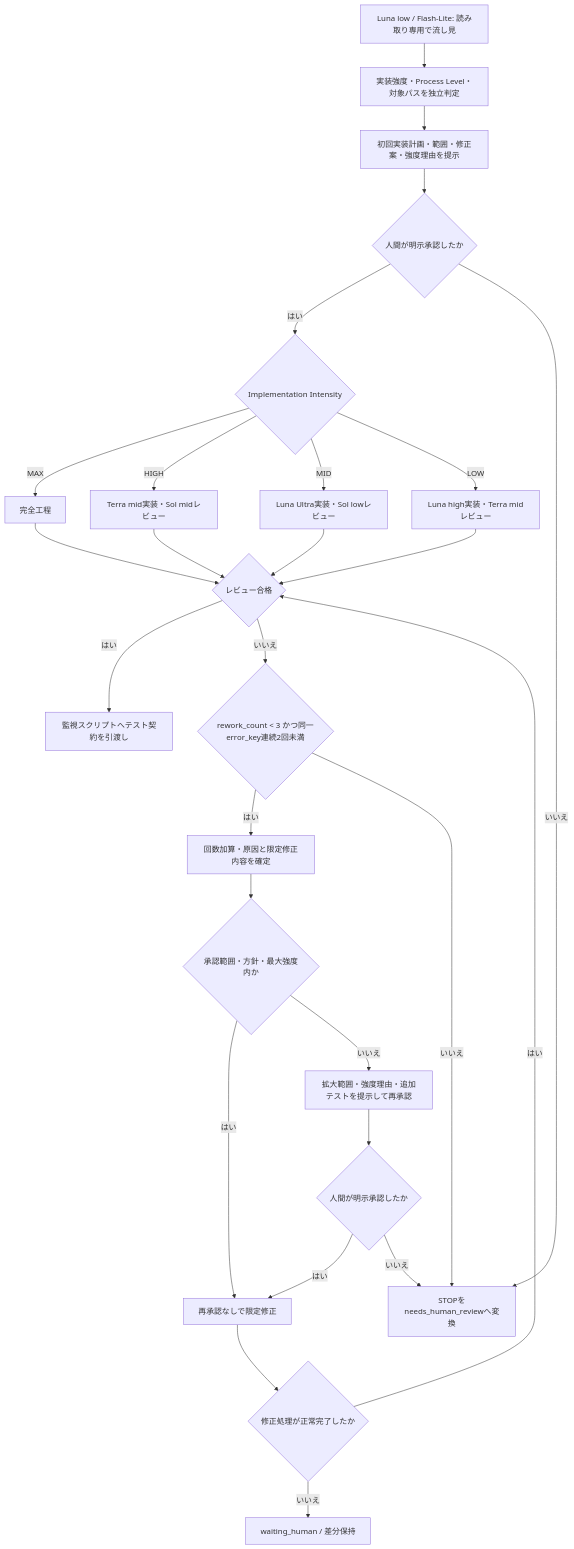
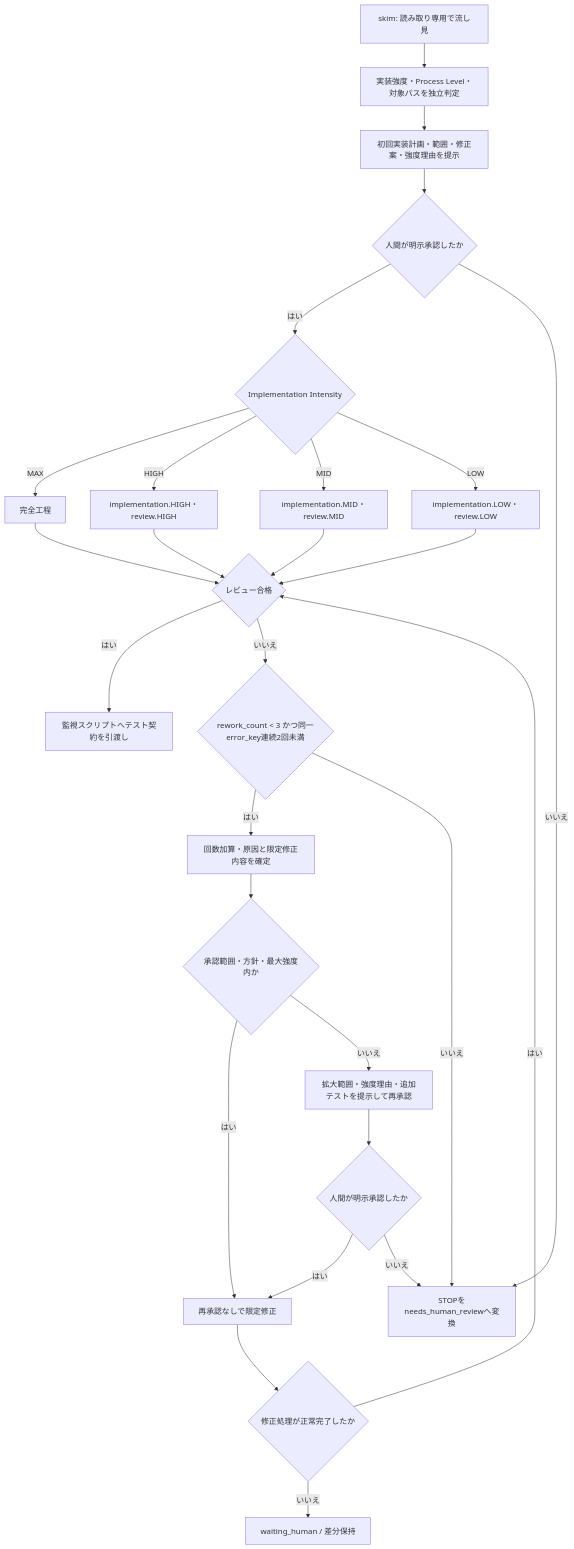
Before and after one commit to kujaku102-sketch/Tusk_core: the first of 2 diagrams in Tusk_core/GENERAL.md, drawn with Mermaid. The commit also changed other lines of this file and 8 other files, not shown here.

````diff
--- a/Tusk_core/GENERAL.md
+++ b/Tusk_core/GENERAL.md
@@ -141,29 +141,29 @@
 ```mermaid
 flowchart TD
-    A["Luna low / Flash-Lite: 読み取り専用で流し見"] --> B["実装強度・Process Level・対象パスを独立判定"]
+    A["skim: 読み取り専用で流し見"] --> B["実装強度・Process Level・対象パスを独立判定"]
     B --> BA["初回実装計画・範囲・修正案・強度理由を提示"]
     BA --> BB{"人間が明示承認したか"}
     BB -- "はい" --> C{"Implementation Intensity"}
     BB -- "いいえ" --> L
     C -- "MAX" --> D["完全工程"]
-    C -- "HIGH" --> E["Terra mid実装・Sol midレビュー"]
-    C -- "MID" --> F["Luna Ultra実装・Sol lowレビュー"]
-    C -- "LOW" --> G["Luna high実装・Terra midレビュー"]
+    C -- "HIGH" --> E["implementation.HIGH・review.HIGH"]
+    C -- "MID" --> F["implementation.MID・review.MID"]
+    C -- "LOW" --> G["implementation.LOW・review.LOW"]
     D --> H{"レビュー合格"}
     E --> H
     F --> H
     G --> H
     H -- "はい" --> I["監視スクリプトへテスト契約を引渡し"]
     H -- "いいえ" --> J{"rework_count < 3 かつ同一error_key連続2回未満"}
     J -- "はい" --> K["回数加算・原因と限定修正内容を確定"]
     K --> M{"承認範囲・方針・最大強度内か"}
     M -- "はい" --> N["再承認なしで限定修正"]
     N --> NS{"修正処理が正常完了したか"}
     NS -- "はい" --> H
     NS -- "いいえ" --> NW["waiting_human / 差分保持"]
     M -- "いいえ" --> O["拡大範囲・強度理由・追加テストを提示して再承認"]
     O --> P{"人間が明示承認したか"}
     P -- "はい" --> N
     P -- "いいえ" --> L
     J -- "いいえ" --> L["STOPをneeds_human_reviewへ変換"]
 ```
````
